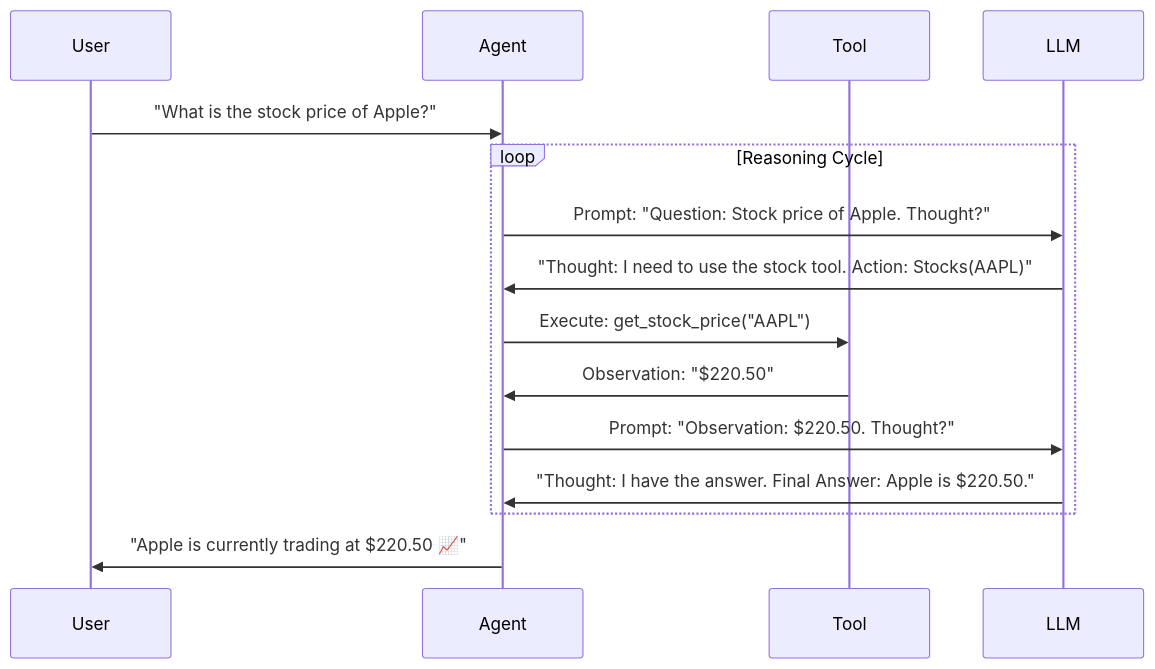
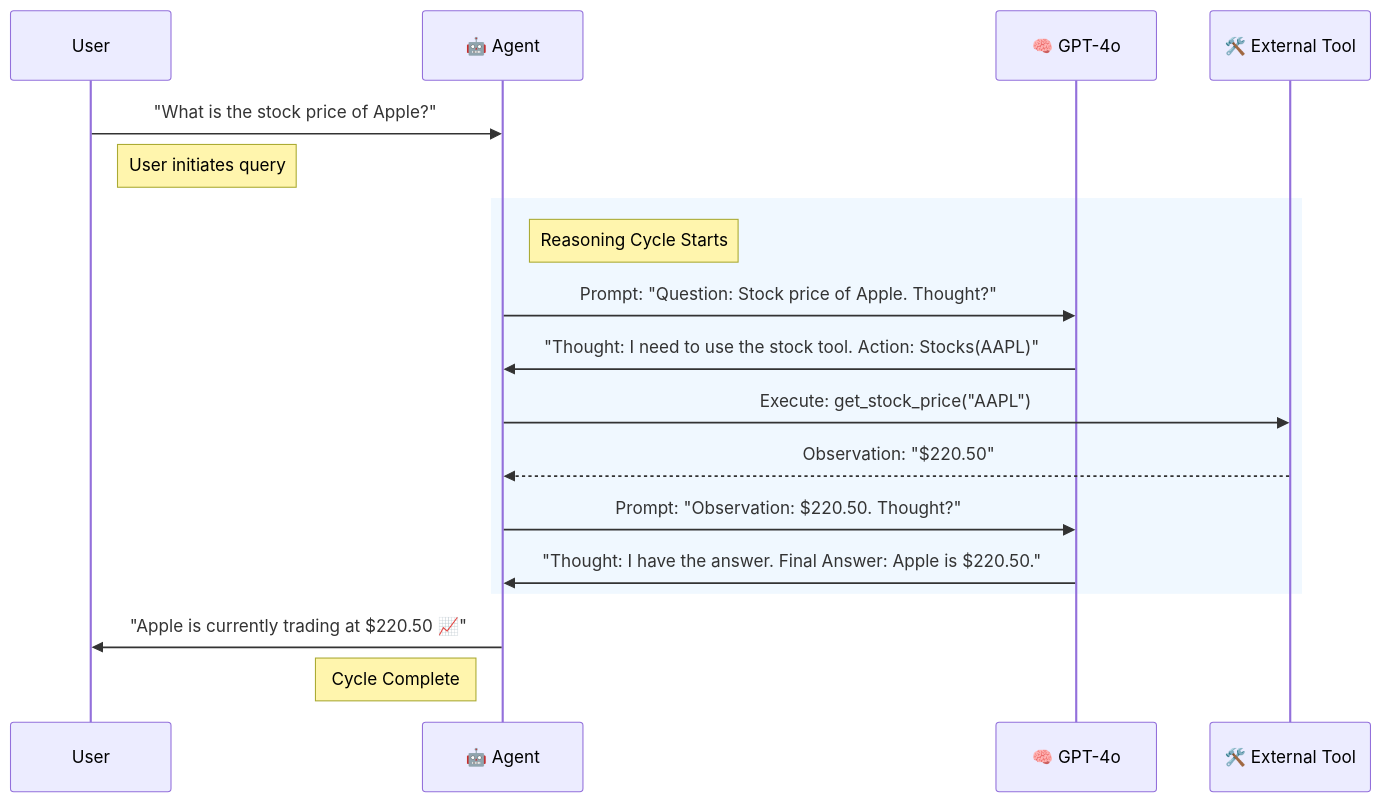
Before and after one commit to Sur27codes/EchoMindAI: the third of 4 diagrams in README.md, drawn with Mermaid. The commit also changed other lines of this file, not shown here.

Commit message:
Polish system workflows with vibrant diagrams and narrative steps

````diff
--- a/README.md
+++ b/README.md
@@ -109,22 +133,26 @@
 ```mermaid
 sequenceDiagram
     participant User
-    participant Agent
-    participant Tool
-    participant LLM
+    participant Agent as 🤖 Agent
+    participant LLM as 🧠 GPT-4o
+    participant Tool as 🛠️ External Tool
     
     User->>Agent: "What is the stock price of Apple?"
+    note right of User: User initiates query
     
-    loop Reasoning Cycle
-        Agent->>LLM: Prompt: "Question: Stock price of Apple. Thought?"
-        LLM->>Agent: "Thought: I need to use the stock tool. Action: Stocks(AAPL)"
-        
-        Agent->>Tool: Execute: get_stock_price("AAPL")
-        Tool->>Agent: Observation: "$220.50"
-        
-        Agent->>LLM: Prompt: "Observation: $220.50. Thought?"
-        LLM->>Agent: "Thought: I have the answer. Final Answer: Apple is $220.50."
+    rect rgb(240, 248, 255)
+    note right of Agent: Reasoning Cycle Starts
+    
+    Agent->>LLM: Prompt: "Question: Stock price of Apple. Thought?"
+    LLM->>Agent: "Thought: I need to use the stock tool. Action: Stocks(AAPL)"
+    
+    Agent->>Tool: Execute: get_stock_price("AAPL")
+    Tool-->>Agent: Observation: "$220.50"
+    
+    Agent->>LLM: Prompt: "Observation: $220.50. Thought?"
+    LLM->>Agent: "Thought: I have the answer. Final Answer: Apple is $220.50."
     end
     
     Agent->>User: "Apple is currently trading at $220.50 📈"
+    note left of Agent: Cycle Complete
 ```
````
